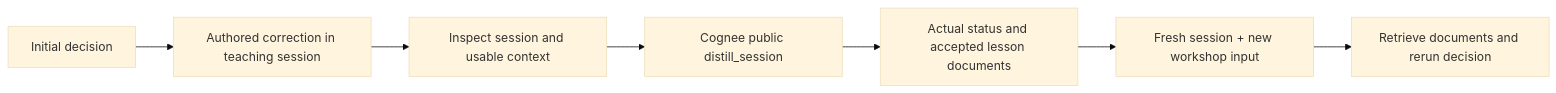
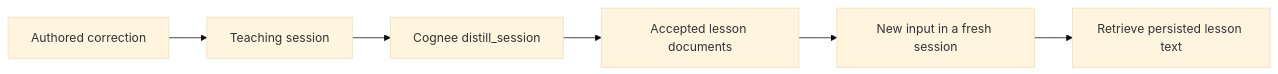
Before and after one commit to superlinked/sie: the fourth of 4 diagrams in examples/cognee/README.md, drawn with Mermaid (base theme). The commit also changed other lines of this file and 7 other files, not shown here.

````diff
--- a/examples/cognee/README.md
+++ b/examples/cognee/README.md
@@ -194,9 +170,8 @@
 ```mermaid
 flowchart LR
-  A[Initial decision] --> B[Authored correction in teaching session]
-  B --> C[Inspect session and usable context]
-  C --> D[Cognee public distill_session]
-  D --> E[Actual status and accepted lesson documents]
-  E --> F[Fresh session + new workshop input]
-  F --> G[Retrieve documents and rerun decision]
+  A[Authored correction] --> B[Teaching session]
+  B --> C[Cognee distill_session]
+  C --> D[Accepted lesson documents]
+  D --> E[New input in a fresh session]
+  E --> F[Retrieve persisted lesson text]
 ```
````
